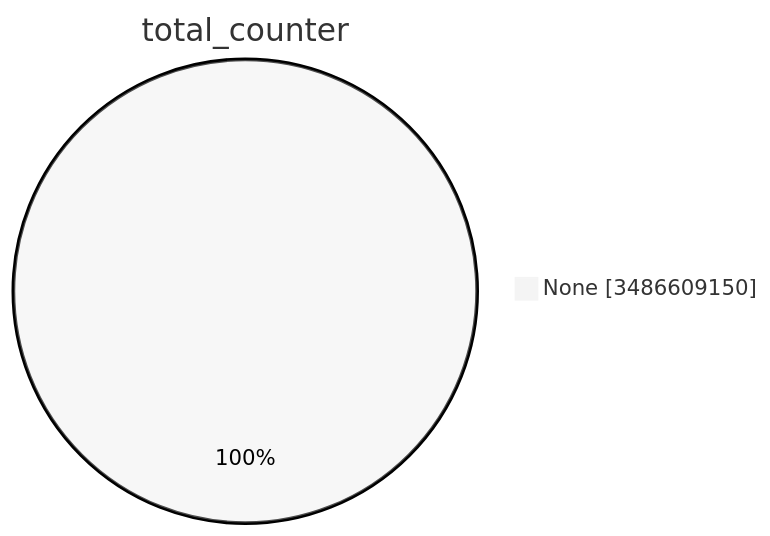
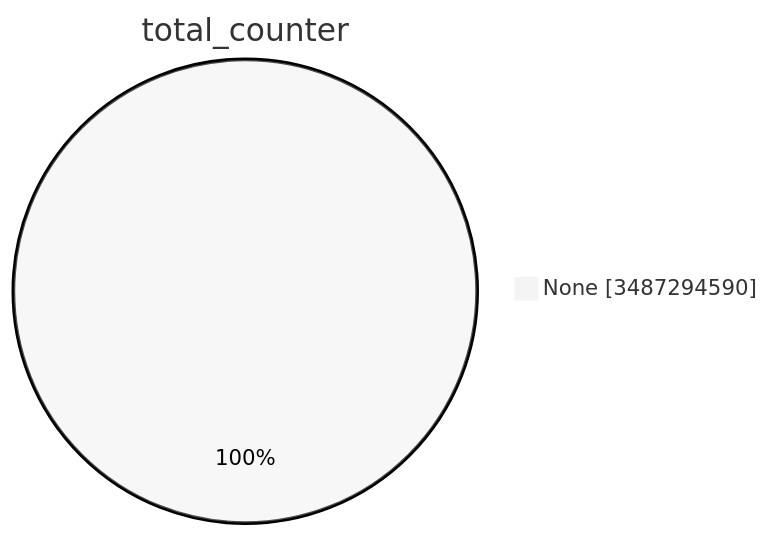
The first of 15 diagrams in TOTAL/README.md (christiankrug/ctmonitor_visualization), drawn with Mermaid (neutral theme) before and after one commit. The commit also changed other lines of this file, not shown here.

````diff
--- a/TOTAL/README.md
+++ b/TOTAL/README.md
@@ -1,5 +1,5 @@
 ```mermaid
 pie showData
 title total_counter
-"None" :3486609150
+"None" :3487294590
 ```
````
